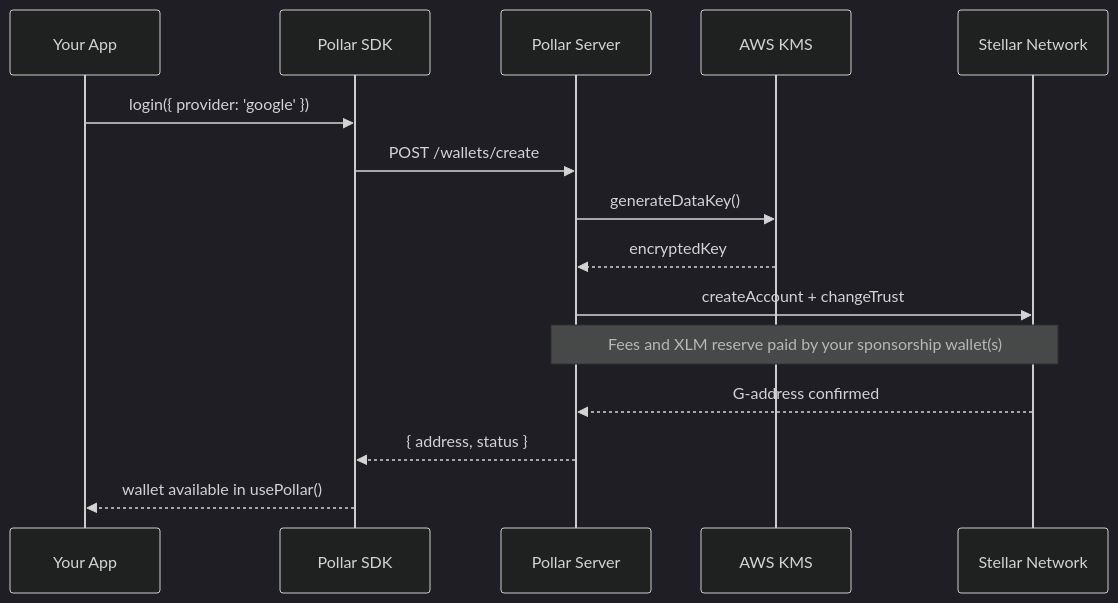
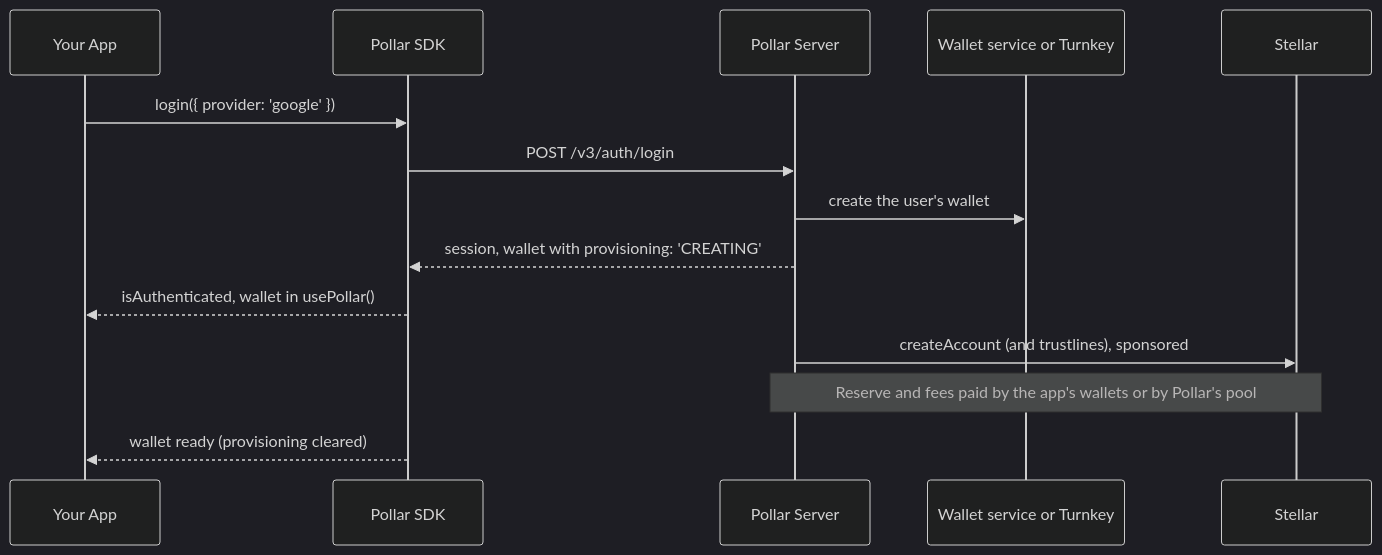
The second of 2 diagrams in docs/(latest)/core-concepts/architecture.md (pollar-xyz/pollar-docs), drawn with Mermaid (dark theme) before and after one commit. The commit also changed other lines of this file and 20 other files, not shown here.

````diff
--- a/docs/(latest)/core-concepts/architecture.md
+++ b/docs/(latest)/core-concepts/architecture.md
@@ -90,18 +97,17 @@
 ```mermaid
 sequenceDiagram
     participant App as Your App
     participant SDK as Pollar SDK
     participant Server as Pollar Server
-    participant KMS as AWS KMS
-    participant Stellar as Stellar Network
+    participant Keys as Wallet service or Turnkey
+    participant Chain as Stellar
 
     App->>SDK: login({ provider: 'google' })
-    SDK->>Server: POST /wallets/create
-    Server->>KMS: generateDataKey()
-    KMS-->>Server: encryptedKey
-    Server->>Stellar: createAccount + changeTrust
-    Note over Server,Stellar: Fees and XLM reserve paid by your sponsorship wallet(s)
-    Stellar-->>Server: G-address confirmed
-    Server-->>SDK: { address, status }
-    SDK-->>App: wallet available in usePollar()
+    SDK->>Server: POST /v3/auth/login
+    Server->>Keys: create the user's wallet
+    Server-->>SDK: session, wallet with provisioning: 'CREATING'
+    SDK-->>App: isAuthenticated, wallet in usePollar()
+    Server->>Chain: createAccount (and trustlines), sponsored
+    Note over Server,Chain: Reserve and fees paid by the app's wallets or by Pollar's pool
+    SDK-->>App: wallet ready (provisioning cleared)
 ```
````
